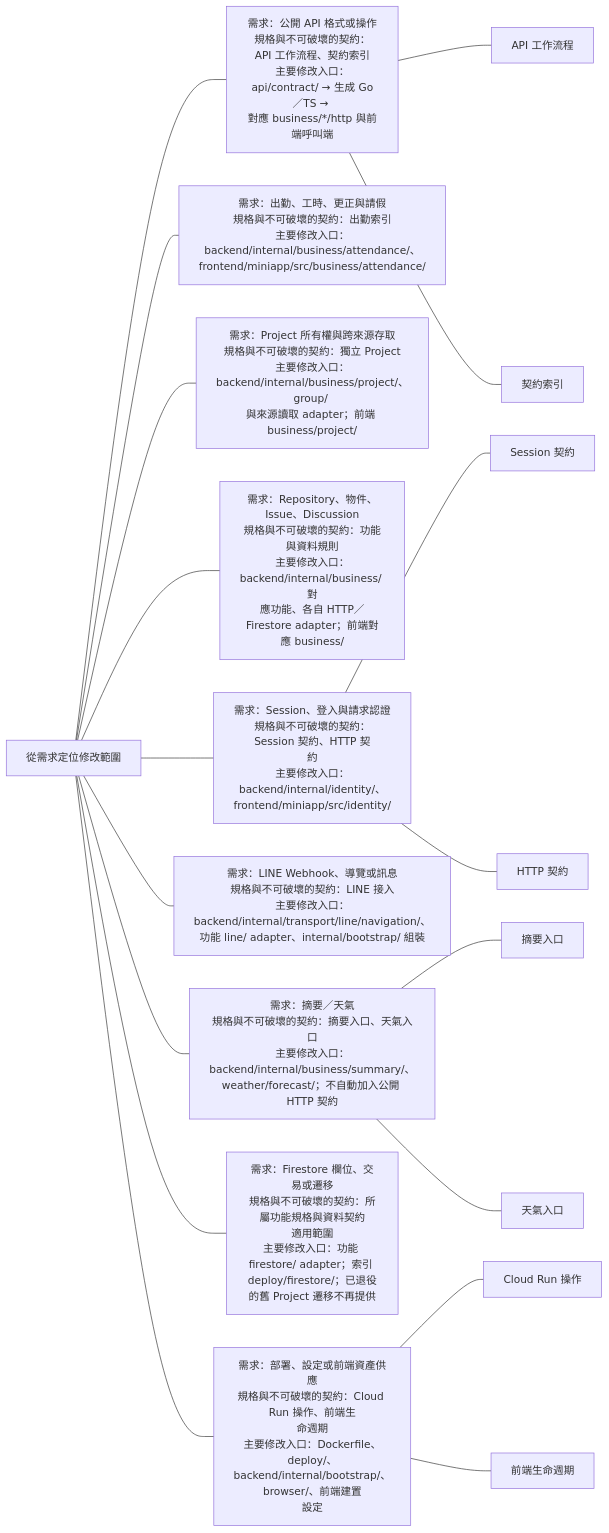
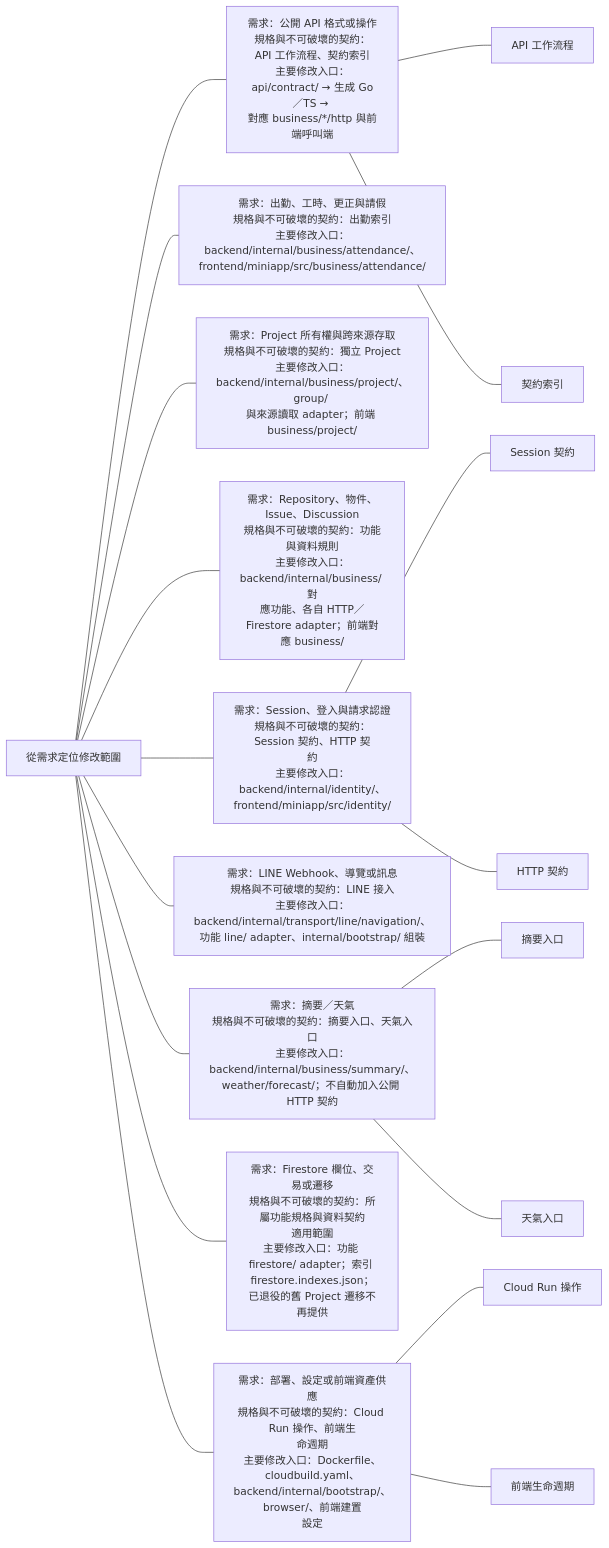
One commit to 963sup/line-mini-app-bot changed the third of 5 diagrams in docs/architecture/runtime/code-layout.md. Above: the diagram before and after it, drawn with Mermaid. The commit also changed other lines of this file and 22 other files, not shown here.

````diff
--- a/docs/architecture/runtime/code-layout.md
+++ b/docs/architecture/runtime/code-layout.md
@@ -24,34 +24,34 @@
 ```mermaid
 flowchart LR
   h["從需求定位修改範圍"]
   h --- n0["需求：公開 API 格式或操作<br/>規格與不可破壞的契約：API 工作流程、契約索引<br/>主要修改入口：api/contract/ → 生成 Go／TS → <br/>對應 business/*/http 與前端呼叫端"]
   n0 --- n0l0["API 工作流程"]
   click n0l0 "../../../api/README.md"
   n0 --- n0l1["契約索引"]
   click n0l1 "../../../api/contract/README.md"
   h --- n1["需求：出勤、工時、更正與請假<br/>規格與不可破壞的契約：出勤索引<br/>主要修改入口：<br/>backend/internal/business/attendance/、<br/>frontend/miniapp/src/business/attendance/"]
   click n1 "../../domains/README.md#出勤"
   h --- n2["需求：Project 所有權與跨來源存取<br/>規格與不可破壞的契約：獨立 Project<br/>主要修改入口：<br/>backend/internal/business/project/、group/ <br/>與來源讀取 adapter；前端 business/project/"]
   click n2 "../../domains/project/project.md"
   h --- n3["需求：Repository、物件、Issue、Discussion<br/>規格與不可破壞的契約：功能與資料規則<br/>主要修改入口：backend/internal/business/ 對<br/>應功能、各自 HTTP／Firestore adapter；前端對<br/>應 business/"]
   click n3 "../../domains/README.md#儲存庫"
   h --- n4["需求：Session、登入與請求認證<br/>規格與不可破壞的契約：Session 契約、HTTP 契<br/>約<br/>主要修改入口：backend/internal/identity/、<br/>frontend/miniapp/src/identity/"]
   n4 --- n4l0["Session 契約"]
   click n4l0 "../../contracts/identity.md"
   n4 --- n4l1["HTTP 契約"]
   click n4l1 "../../contracts/http.md"
   h --- n5["需求：LINE Webhook、導覽或訊息<br/>規格與不可破壞的契約：LINE 接入<br/>主要修改入口：backend/internal/transport/line/navigation/、<br/>功能 line/ adapter、internal/bootstrap/ 組裝"]
   click n5 "../../integrations/line/setup.md"
   h --- n6["需求：摘要／天氣<br/>規格與不可破壞的契約：摘要入口、天氣入口<br/>主要修改入口：<br/>backend/internal/business/summary/、<br/>weather/forecast/；不自動加入公開 HTTP 契約"]
   n6 --- n6l0["摘要入口"]
   click n6l0 "../../../api/contract/summary/README.md"
   n6 --- n6l1["天氣入口"]
   click n6l1 "../../../api/contract/weather/README.md"
-  h --- n7["需求：Firestore 欄位、交易或遷移<br/>規格與不可破壞的契約：所屬功能規格與資料契約<br/>適用範圍<br/>主要修改入口：功能 firestore/ adapter；索引 <br/>deploy/firestore/；已退役的舊 Project 遷移不再提供"]
+  h --- n7["需求：Firestore 欄位、交易或遷移<br/>規格與不可破壞的契約：所屬功能規格與資料契約<br/>適用範圍<br/>主要修改入口：功能 firestore/ adapter；索引 <br/>firestore.indexes.json；已退役的舊 Project 遷移不再提供"]
   click n7 "dependencies.md#契約與不變條件的維護位置"
-  h --- n8["需求：部署、設定或前端資產供應<br/>規格與不可破壞的契約：Cloud Run 操作、前端生<br/>命週期<br/>主要修改入口：Dockerfile、deploy/、<br/>backend/internal/bootstrap/、browser/、前端建置<br/>設定"]
+  h --- n8["需求：部署、設定或前端資產供應<br/>規格與不可破壞的契約：Cloud Run 操作、前端生<br/>命週期<br/>主要修改入口：Dockerfile、cloudbuild.yaml、<br/>backend/internal/bootstrap/、browser/、前端建置<br/>設定"]
   n8 --- n8l0["Cloud Run 操作"]
   click n8l0 "../../operations/cloud-run.md"
   n8 --- n8l1["前端生命週期"]
   click n8l1 "react-lifecycle.md"
 ```
````
